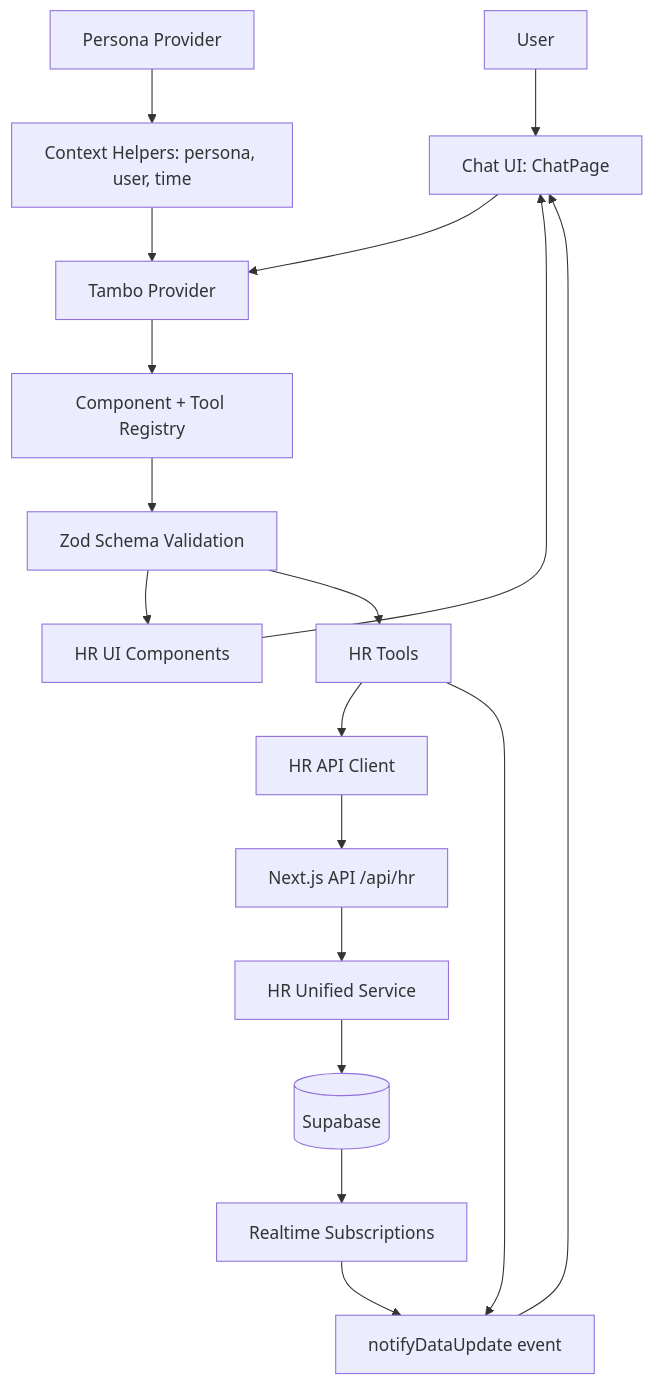
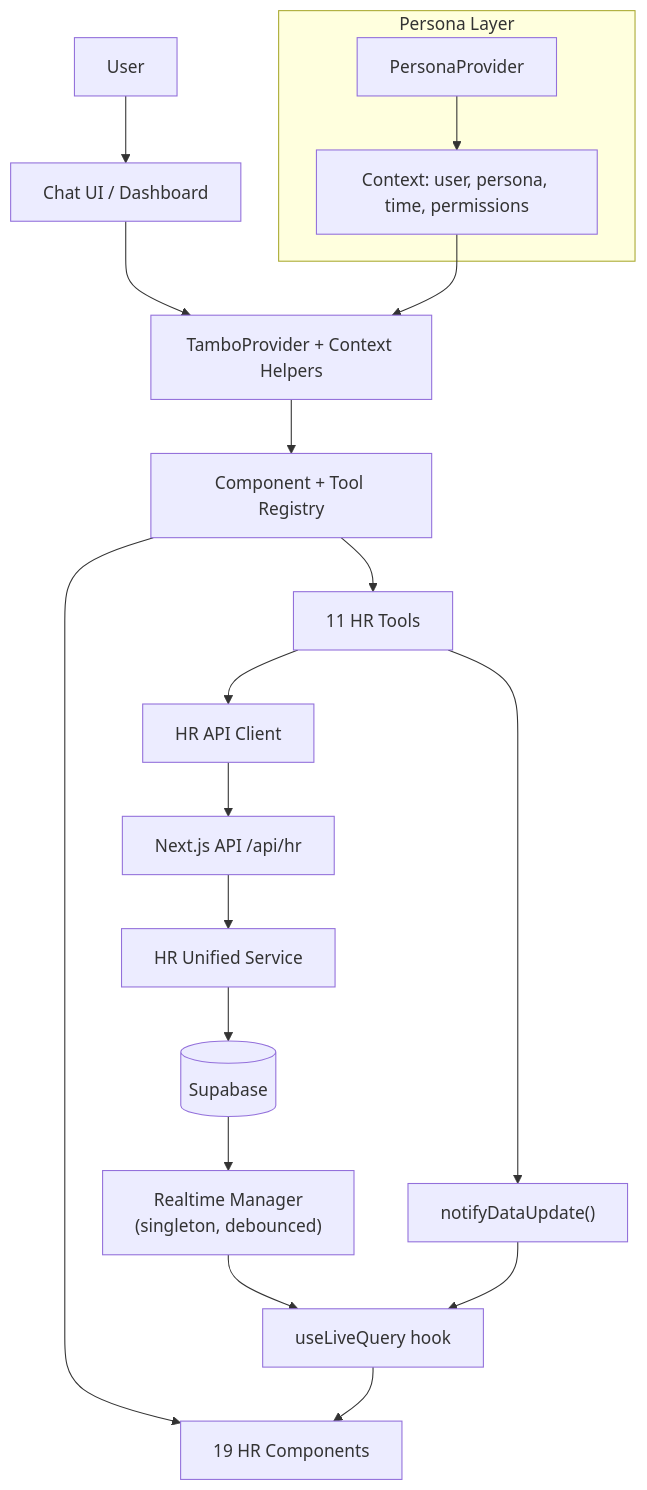
The diagram in README.md (sriharsha8991/chat-tambo), drawn with Mermaid before and after one commit. The commit also changed other lines of this file and 5 other files, not shown here.

````diff
--- a/README.md
+++ b/README.md
@@ -79,20 +103,29 @@
 ```mermaid
 flowchart TD
-  User[User] --> Chat["Chat UI: ChatPage"]
-  Chat --> Tambo[Tambo Provider]
-  Persona[Persona Provider] --> Context["Context Helpers: persona, user, time"]
-  Context --> Tambo
-  Tambo --> Registry[Component + Tool Registry]
-  Registry --> Schema[Zod Schema Validation]
-  Schema --> Components[HR UI Components]
-  Components --> Chat
-  Schema --> Tools[HR Tools]
-  Tools --> Client[HR API Client]
-  Client --> Api[Next.js API /api/hr]
-  Api --> Services[HR Unified Service]
-  Services --> Supabase[(Supabase)]
-  Supabase --> Realtime[Realtime Subscriptions]
-  Realtime --> Events["notifyDataUpdate event"]
-  Events --> Chat
-  Tools --> Events
+    User[User] --> ChatUI["Chat UI / Dashboard"]
+    ChatUI --> TamboProvider["TamboProvider + Context Helpers"]
+
+    subgraph Persona["Persona Layer"]
+        PersonaProvider["PersonaProvider"]
+        ContextHelpers["Context: user, persona, time, permissions"]
+    end
+
+    PersonaProvider --> ContextHelpers
+    ContextHelpers --> TamboProvider
+
+    TamboProvider --> Registry["Component + Tool Registry"]
+    Registry --> Components["19 HR Components"]
+    Registry --> Tools["11 HR Tools"]
+
+    Tools --> APIClient["HR API Client"]
+    APIClient --> APIRoute["Next.js API /api/hr"]
+    APIRoute --> Unified["HR Unified Service"]
+    Unified --> Supabase[(Supabase)]
+
+    Supabase --> RealtimeMgr["Realtime Manager\n(singleton, debounced)"]
+    RealtimeMgr --> LiveQuery["useLiveQuery hook"]
+    LiveQuery --> Components
+
+    Tools --> Notify["notifyDataUpdate()"]
+    Notify --> LiveQuery
 ```
````
